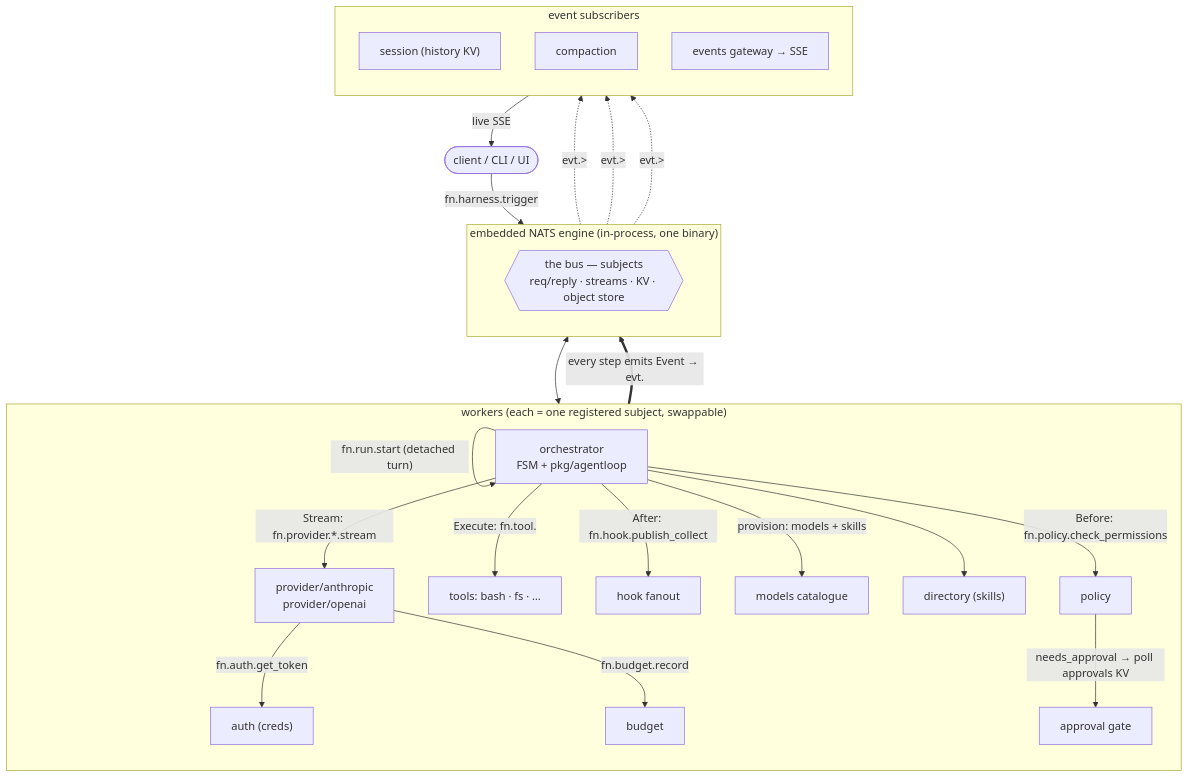
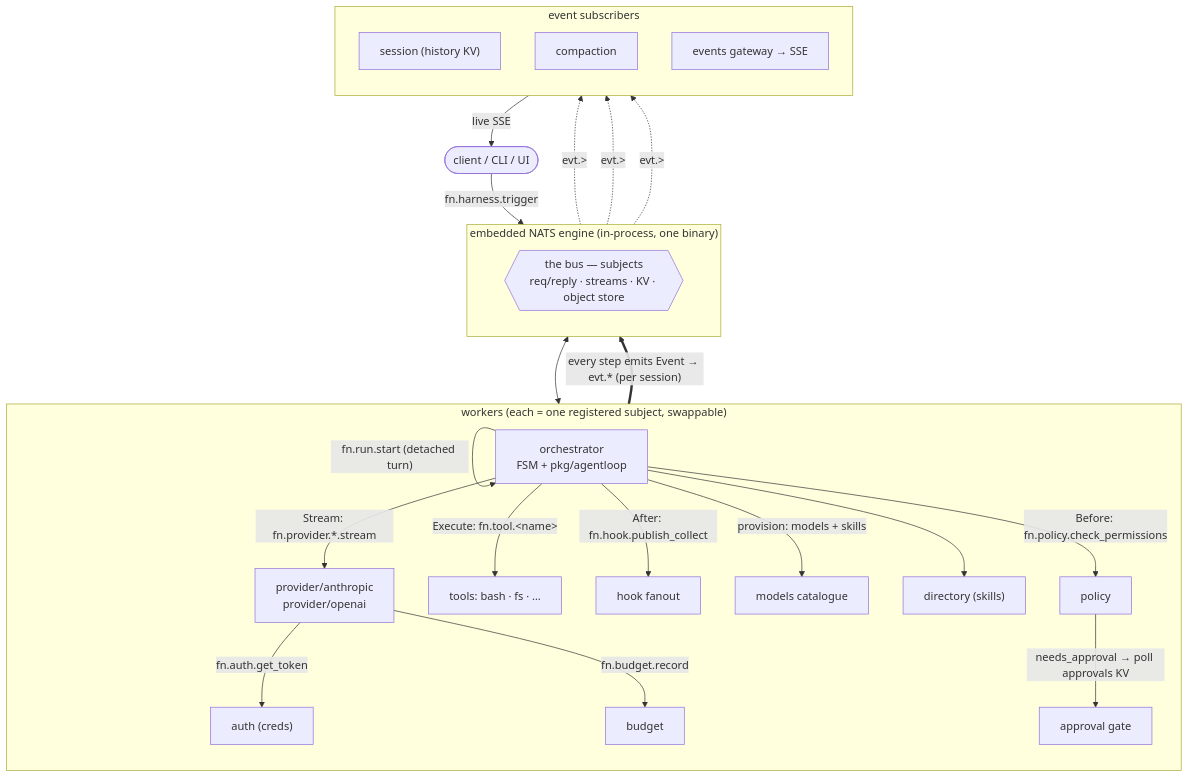
Before and after one commit to epuerta9/vent: the diagram in README.md, drawn with Mermaid. The commit also changed other lines of this file and 1 other file, not shown here.

First line of the commit message:
docs: expand "What we learned"; add docs/DIAGRAMS.md (9 mermaid views)

````diff
--- a/README.md
+++ b/README.md
@@ -100,51 +100,51 @@
 ```mermaid
 flowchart TB
     client([client / CLI / UI])
 
     subgraph engine["embedded NATS engine (in-process, one binary)"]
         direction TB
         bus{{"the bus — subjects<br/>req/reply · streams · KV · object store"}}
     end
 
     subgraph workers["workers (each = one registered subject, swappable)"]
         direction TB
         orch["orchestrator<br/>FSM + pkg/agentloop"]
         prov["provider/anthropic<br/>provider/openai"]
         auth["auth (creds)"]
         pol["policy"]
         appr["approval gate"]
         tools["tools: bash · fs · …"]
         budget["budget"]
         hooks["hook fanout"]
         models["models catalogue"]
         dir["directory (skills)"]
     end
 
     subgraph observers["event subscribers"]
         direction TB
         sess["session (history KV)"]
         comp["compaction"]
         ev["events gateway → SSE"]
     end
 
     client -- "fn.harness.trigger" --> bus
     bus <--> orch
     orch -- "fn.run.start (detached turn)" --> orch
     orch -- "Stream: fn.provider.*.stream" --> prov
     prov -- "fn.auth.get_token" --> auth
     prov -- "fn.budget.record" --> budget
     orch -- "Before: fn.policy.check_permissions" --> pol
     pol -- "needs_approval → poll approvals KV" --> appr
-    orch -- "Execute: fn.tool.<name>" --> tools
+    orch -- "Execute: fn.tool.&lt;name&gt;" --> tools
     orch -- "After: fn.hook.publish_collect" --> hooks
     orch -- "provision: models + skills" --> models
     orch --> dir
-    orch == "every step emits Event → evt.<session>" ==> bus
+    orch == "every step emits Event → evt.* (per session)" ==> bus
     bus -. "evt.>" .-> sess
     bus -. "evt.>" .-> comp
     bus -. "evt.>" .-> ev
     ev -- "live SSE" --> client
 
     %% trace context (traceparent + session baggage) rides NATS headers on every hop,
     %% so one turn = one connected OTel trace across all workers.
 ```
````
